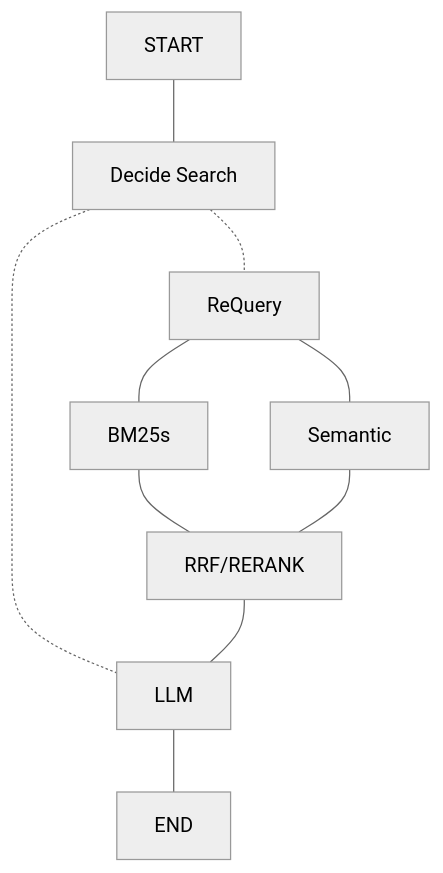
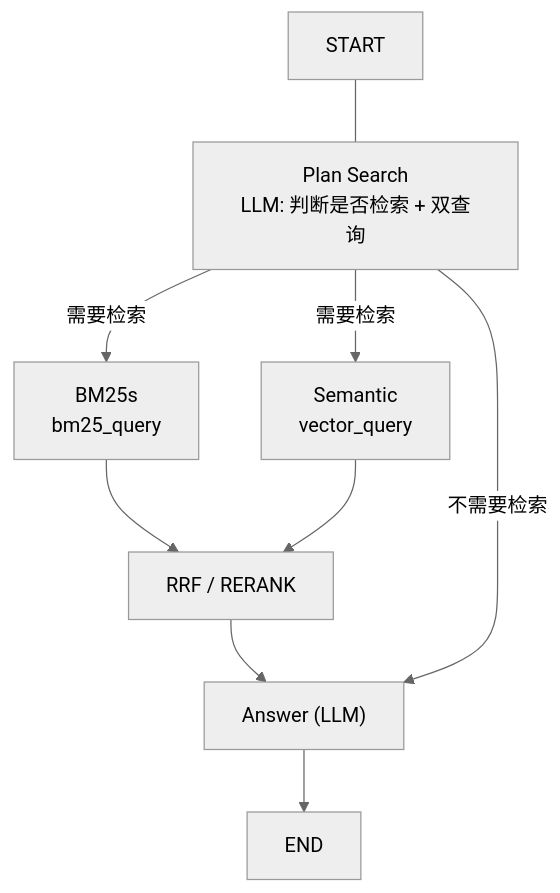
One commit to Ashitaka-Laputa-IV/FastRag changed the diagram in README.md. Above: the diagram before and after it, drawn with Mermaid (neutral theme). The commit also changed other lines of this file and 7 other files, not shown here.

````diff
--- a/README.md
+++ b/README.md
@@ -21,10 +22,11 @@
 ```mermaid
 flowchart TB
-    n1["START"] --- n2["Decide Search"]
-    n2 -.- n3["LLM"] & n8["ReQuery"]
-    n4["BM25s"] --- n6["RRF/RERANK"]
-    n5["Semantic"] --- n6
-    n6 --- n3
-    n3 --- n7["END"]
-    n8 --- n5 & n4
+    n1["START"] --- n2["Plan Search<br/>LLM: 判断是否检索 + 双查询"]
+    n2 -->|需要检索| n3["BM25s<br/>bm25_query"]
+    n2 -->|需要检索| n4["Semantic<br/>vector_query"]
+    n3 --> n5["RRF / RERANK"]
+    n4 --> n5
+    n5 --> n6["Answer (LLM)"]
+    n2 -->|不需要检索| n6
+    n6 --> n7["END"]
 ```
````
